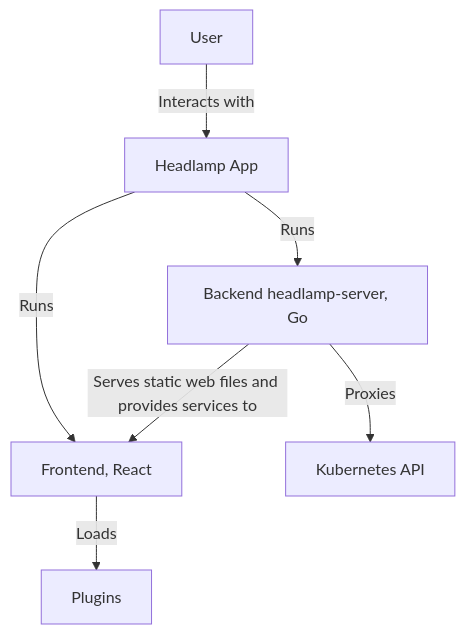
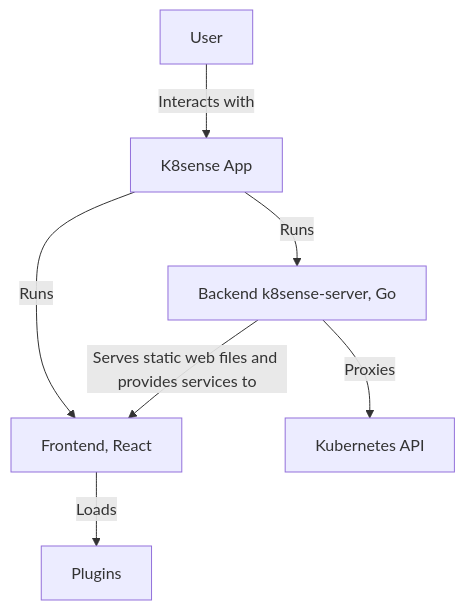
One commit to OA879/K8Sense changed the first of 5 diagrams in docs/development/architecture.md. Above: the diagram before and after it, drawn with Mermaid. The commit also changed other lines of this file and 466 other files, not shown here.

````diff
--- a/docs/development/architecture.md
+++ b/docs/development/architecture.md
@@ -25,9 +25,9 @@
 ```mermaid
 graph TD
-    A[User] -->|Interacts with| B[Headlamp App]
+    A[User] -->|Interacts with| B[K8sense App]
     B -->|Runs| C[Frontend, React]
-    B -->|Runs| D[Backend headlamp-server, Go]
+    B -->|Runs| D[Backend k8sense-server, Go]
     D -->|Proxies| E[Kubernetes API]
     C -->|Loads| F[Plugins]
     D -->|Serves static web files and provides services to| C
 ```
````
